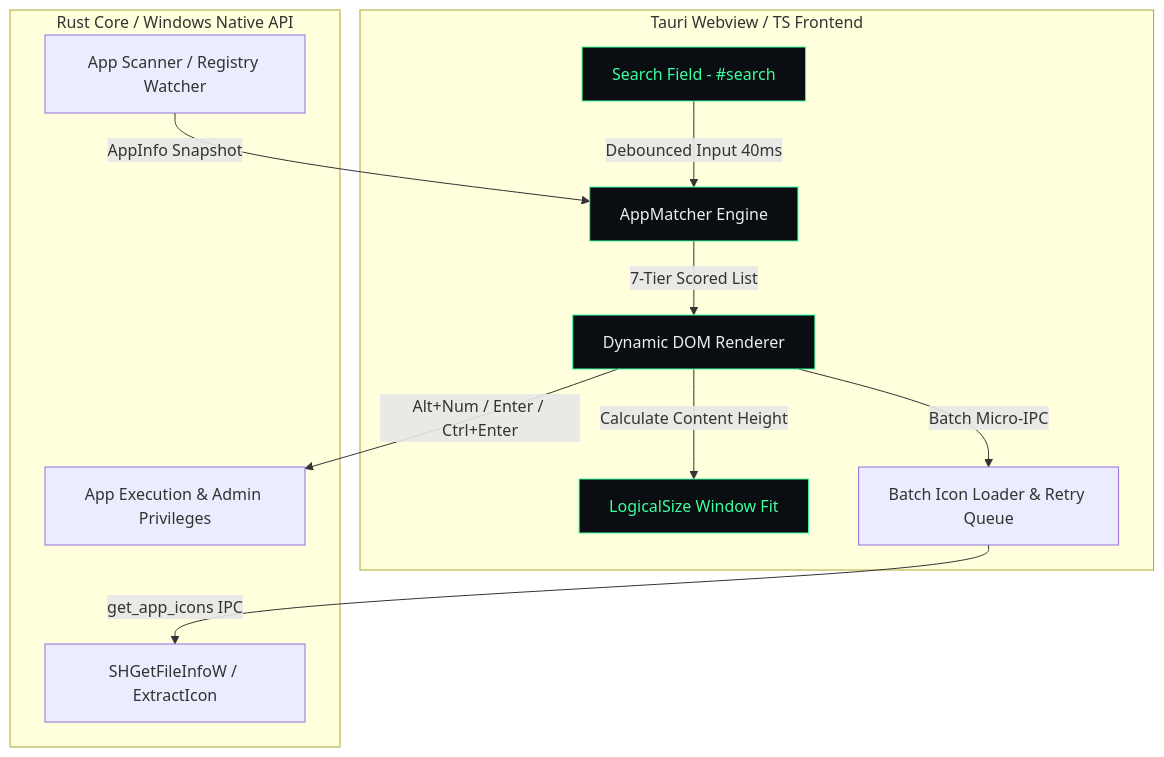
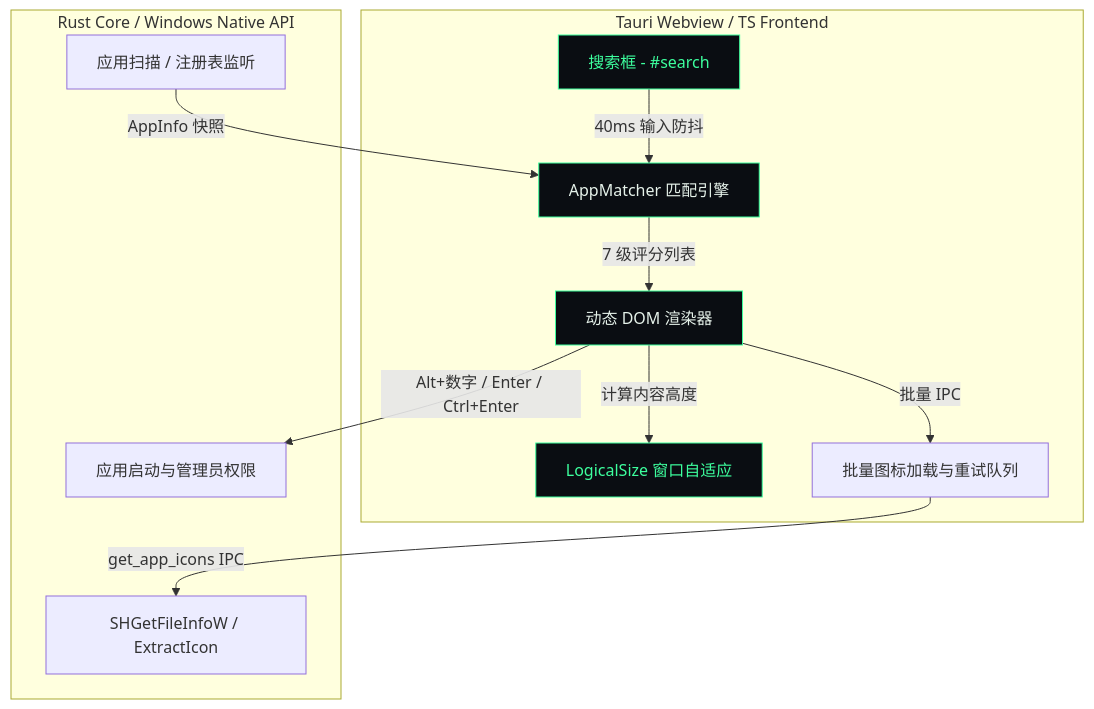
The diagram in README.md (yuanqiangwang/x-on), drawn with Mermaid before and after one commit. The commit also changed other lines of this file and 13 other files, not shown here.

````diff
--- a/README.md
+++ b/README.md
@@ -56,21 +97,20 @@
 ```mermaid
 flowchart TD
     subgraph Frontend [Tauri Webview / TS Frontend]
-        Input[Search Field - #search] -->|Debounced Input 40ms| Matcher[AppMatcher Engine]
-        Matcher -->|7-Tier Scored List| Render[Dynamic DOM Renderer]
-        Render -->|Calculate Content Height| WinAPI[LogicalSize Window Fit]
-        Render -->|Batch Micro-IPC| IconCache[Batch Icon Loader & Retry Queue]
+        Input[搜索框 - #search] -->|40ms 输入防抖| Matcher[AppMatcher 匹配引擎]
+        Matcher -->|7 级评分列表| Render[动态 DOM 渲染器]
+        Render -->|计算内容高度| WinAPI[LogicalSize 窗口自适应]
+        Render -->|批量 IPC| IconCache[批量图标加载与重试队列]
     end
 
     subgraph Backend [Rust Core / Windows Native API]
-        BackendScan[App Scanner / Registry Watcher] -->|AppInfo Snapshot| Matcher
+        BackendScan[应用扫描 / 注册表监听] -->|AppInfo 快照| Matcher
         IconCache -->|get_app_icons IPC| WinExtract[SHGetFileInfoW / ExtractIcon]
-        Render -->|Alt+Num / Enter / Ctrl+Enter| Launch[App Execution & Admin Privileges]
+        Render -->|Alt+数字 / Enter / Ctrl+Enter| Launch[应用启动与管理员权限]
     end
 
     style Input fill:#0a0d12,stroke:#3dff9e,color:#3dff9e
     style Matcher fill:#0a0d12,stroke:#3dff9e,color:#e6f2ea
     style Render fill:#0a0d12,stroke:#3dff9e,color:#e6f2ea
     style WinAPI fill:#0a0d12,stroke:#3dff9e,color:#3dff9e
-
 ```
````
